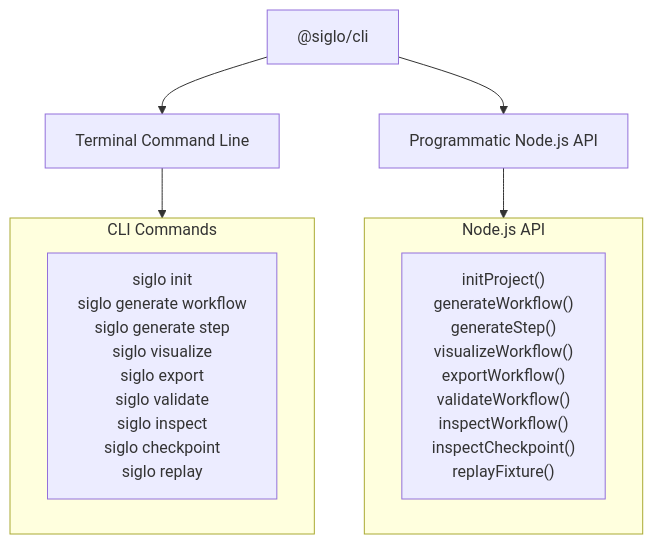
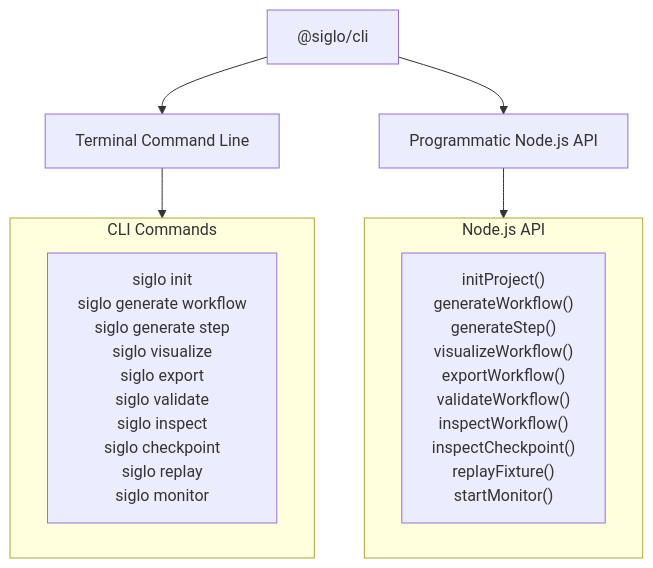
Before and after one commit to jsoftgem/siglo: the first of 2 diagrams in docs/adapters/cli.md, drawn with Mermaid. The commit also changed other lines of this file and 94 other files, not shown here.

````diff
--- a/docs/adapters/cli.md
+++ b/docs/adapters/cli.md
@@ -11,16 +11,16 @@
 ```mermaid
 flowchart TD
     CLI["@siglo/cli"] --> CLI_Term["Terminal Command Line"]
     CLI --> CLI_API["Programmatic Node.js API"]
 
     subgraph TerminalCommands["CLI Commands"]
-        C1["siglo init<br/>siglo generate workflow<br/>siglo generate step<br/>siglo visualize<br/>siglo export<br/>siglo validate<br/>siglo inspect<br/>siglo checkpoint<br/>siglo replay"]
+        C1["siglo init<br/>siglo generate workflow<br/>siglo generate step<br/>siglo visualize<br/>siglo export<br/>siglo validate<br/>siglo inspect<br/>siglo checkpoint<br/>siglo replay<br/>siglo monitor"]
     end
 
     subgraph ProgrammaticAPI["Node.js API"]
-        A1["initProject()<br/>generateWorkflow()<br/>generateStep()<br/>visualizeWorkflow()<br/>exportWorkflow()<br/>validateWorkflow()<br/>inspectWorkflow()<br/>inspectCheckpoint()<br/>replayFixture()"]
+        A1["initProject()<br/>generateWorkflow()<br/>generateStep()<br/>visualizeWorkflow()<br/>exportWorkflow()<br/>validateWorkflow()<br/>inspectWorkflow()<br/>inspectCheckpoint()<br/>replayFixture()<br/>startMonitor()"]
     end
 
     CLI_Term --> TerminalCommands
     CLI_API --> ProgrammaticAPI
 ```
````
